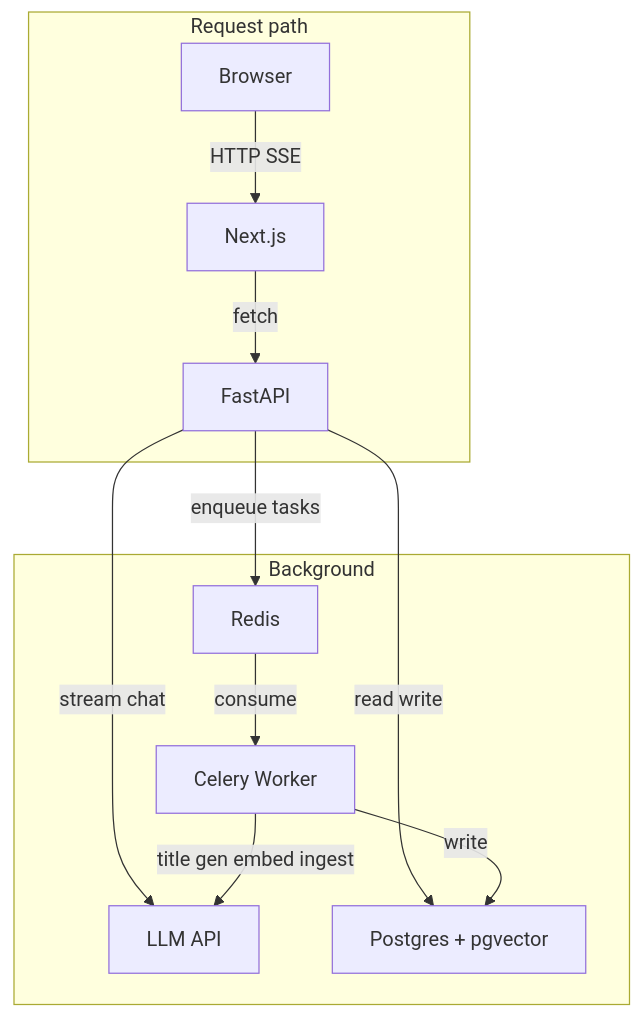
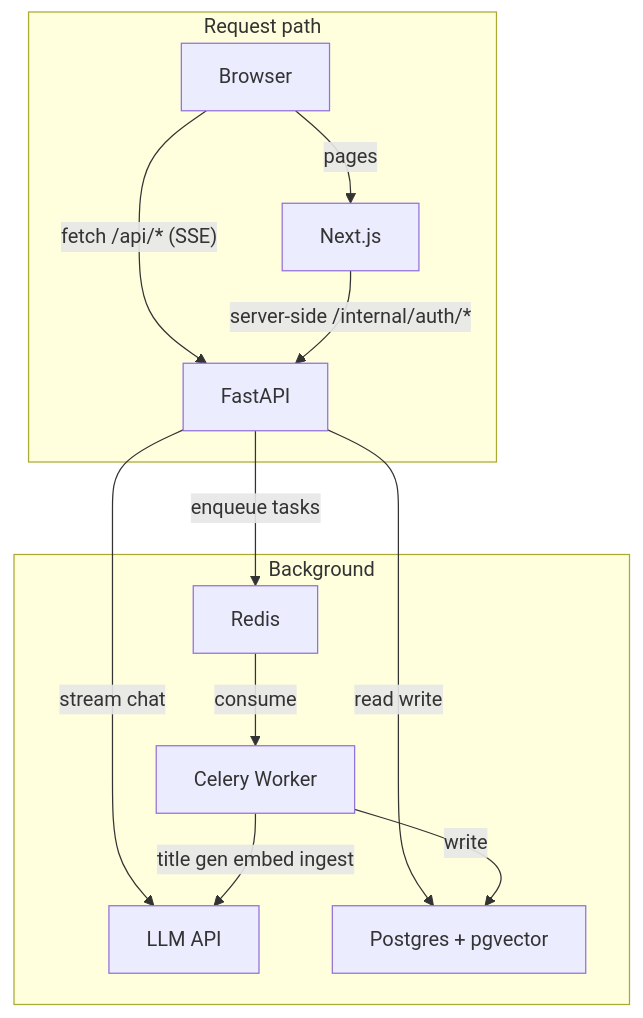
Before and after one commit to vinhto5197/hax: the diagram in README.md, drawn with Mermaid. The commit also changed other lines of this file and 15 other files, not shown here.

````diff
--- a/README.md
+++ b/README.md
@@ -210,20 +210,21 @@
 ```mermaid
 graph TB
   subgraph request [Request path]
     Browser
     NextJS[Next.js]
     FastAPI
-    Browser -->|HTTP SSE| NextJS
-    NextJS -->|fetch| FastAPI
+    Browser -->|pages| NextJS
+    Browser -->|"fetch /api/* (SSE)"| FastAPI
+    NextJS -->|"server-side /internal/auth/*"| FastAPI
   end
   FastAPI -->|stream chat| LLM[LLM API]
   FastAPI -->|read write| PG["Postgres + pgvector"]
   FastAPI -->|enqueue tasks| Redis
   subgraph background [Background]
     Redis
     CeleryWorker[Celery Worker]
     Redis -->|consume| CeleryWorker
     CeleryWorker -->|title gen embed ingest| LLM
     CeleryWorker -->|write| PG
   end
 ```
````
